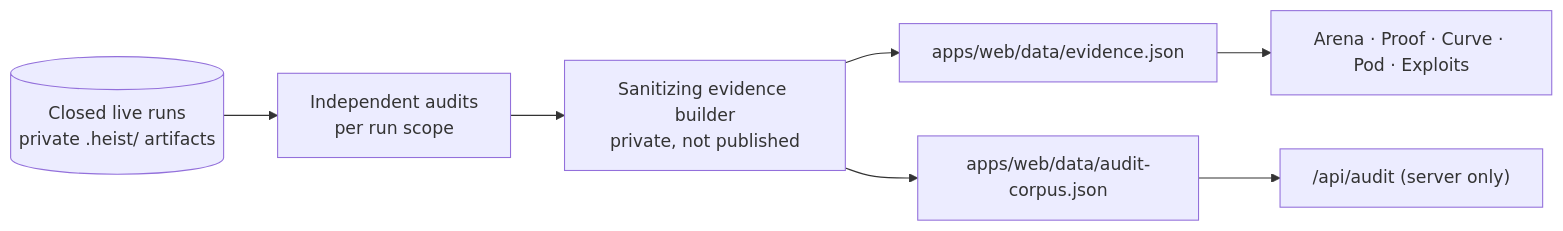
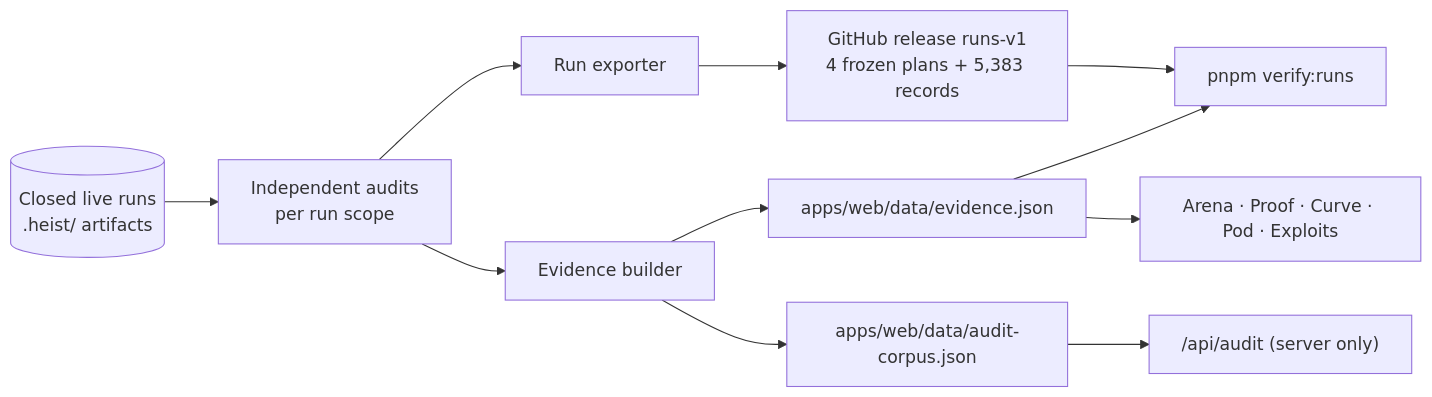
One commit to Manuel-dev01/heist changed the fifth of 7 diagrams in docs/ARCHITECTURE.md. Above: the diagram before and after it, drawn with Mermaid. The commit also changed other lines of this file and 4 other files, not shown here.

First line of the commit message:
verify: publish all 5,383 live run records and re-derive every number

````diff
--- a/docs/ARCHITECTURE.md
+++ b/docs/ARCHITECTURE.md
@@ -189,9 +189,13 @@
 ```mermaid
 flowchart LR
-  RUNS[(Closed live runs<br/>private .heist/ artifacts)] --> AUD[Independent audits<br/>per run scope]
-  AUD --> B[Sanitizing evidence builder<br/>private, not published]
+  RUNS[(Closed live runs<br/>.heist/ artifacts)] --> AUD[Independent audits<br/>per run scope]
+  AUD --> EXP[Run exporter]
+  EXP --> REL[GitHub release runs-v1<br/>4 frozen plans + 5,383 records]
+  AUD --> B[Evidence builder]
   B --> EJ[apps/web/data/evidence.json]
   B --> AC[apps/web/data/audit-corpus.json]
   EJ --> PAGES[Arena · Proof · Curve · Pod · Exploits]
   AC --> API["/api/audit (server only)"]
+  REL --> VR["pnpm verify:runs"]
+  EJ --> VR
 ```
````
